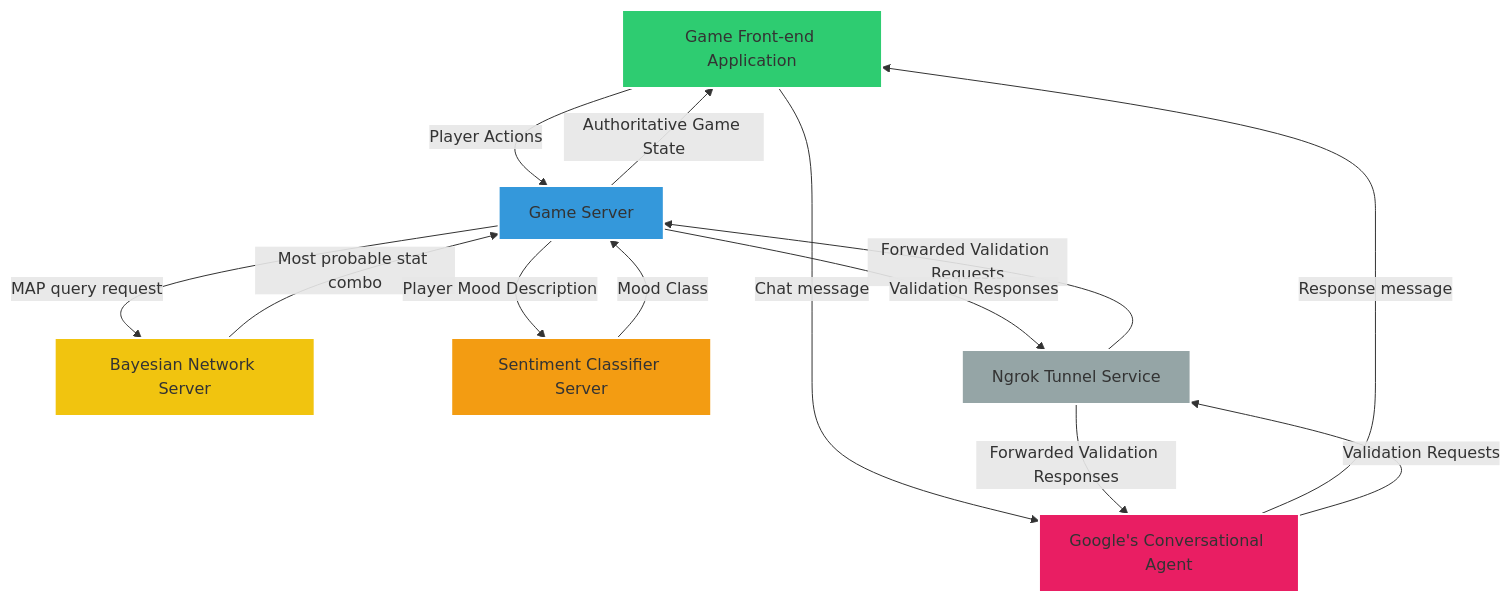
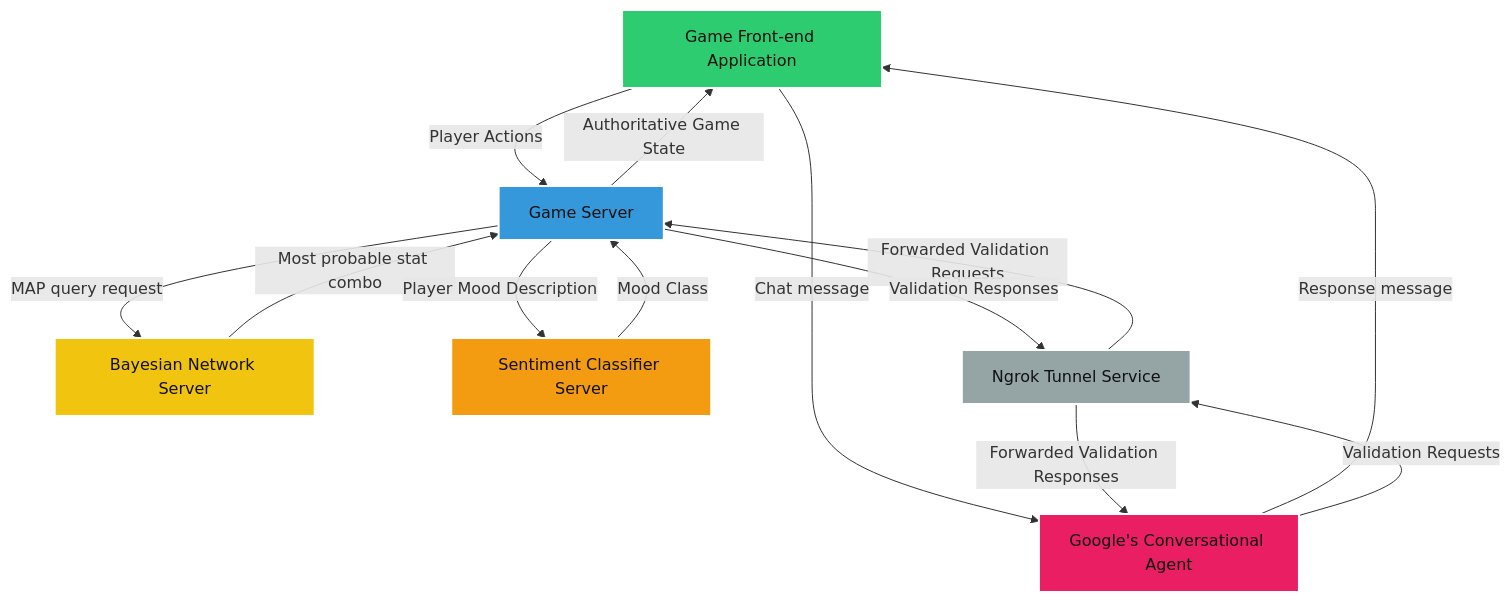
Before and after one commit to rchDev/game-of-points: the diagram in README.md, drawn with Mermaid.

Commit message:
[README]: update index.md

````diff
--- a/README.md
+++ b/README.md
@@ -41,29 +41,29 @@
 ```mermaid
 graph TD
   A[Game Front-end Application]
   B[Game Server]
   C[Bayesian Network Server]
   D[Sentiment Classifier Server]
   E[Google's Conversational Agent]
   F[Ngrok Tunnel Service]
 
   A -->|"Player Actions"| B
   A -->|"Chat message"| E
   E -->|"Response message"| A
   B --> |"Authoritative Game State"| A
   B -->|"MAP query request"| C
   C -->|"Most probable stat combo"| B
   E -->|"Validation Requests"| F
   F -->|"Forwarded Validation Responses"| E
   F -->|"Forwarded Validation Requests"| B
   B -->|"Validation Responses"| F
   B -->|"Player Mood Description"| D
   D -->|"Mood Class"| B
 
-  style A fill:#2ecc71,stroke:#ffffff,stroke-width:2px
-  style B fill:#3498db,stroke:#ffffff,stroke-width:2px
-  style C fill:#f1c40f,stroke:#ffffff,stroke-width:2px
-  style D fill:#f39c12,stroke:#ffffff,stroke-width:2px
-  style E fill:#e91e63,stroke:#ffffff,stroke-width:2px
-  style F fill:#95a5a6,stroke:#ffffff,stroke-width:2px
+  style A fill:#2ecc71,stroke:#ffffff,stroke-width:2px,color:#111111
+  style B fill:#3498db,stroke:#ffffff,stroke-width:2px,color:#111111
+  style C fill:#f1c40f,stroke:#ffffff,stroke-width:2px,color:#111111
+  style D fill:#f39c12,stroke:#ffffff,stroke-width:2px,color:#111111
+  style E fill:#e91e63,stroke:#ffffff,stroke-width:2px,color:#111111
+  style F fill:#95a5a6,stroke:#ffffff,stroke-width:2px,color:#111111
 ```
````
